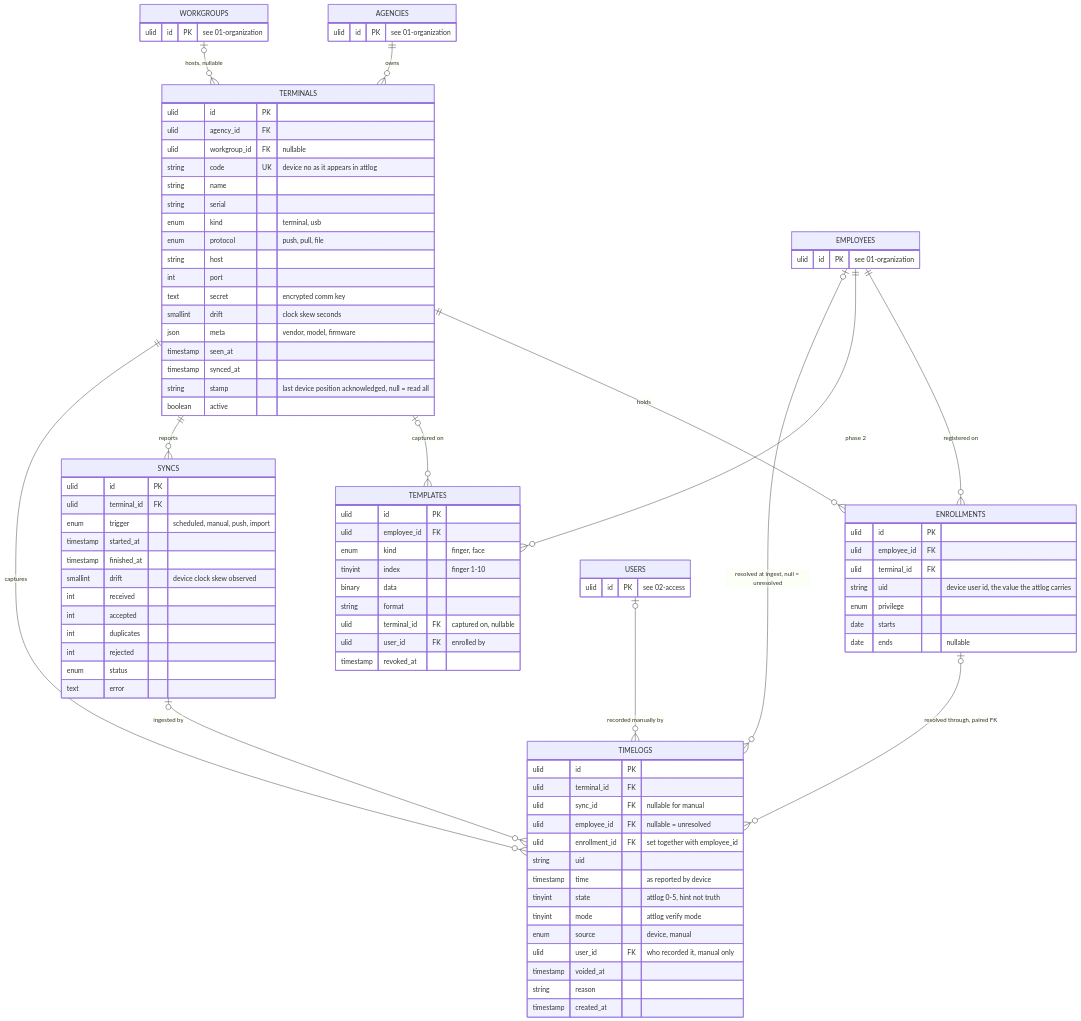
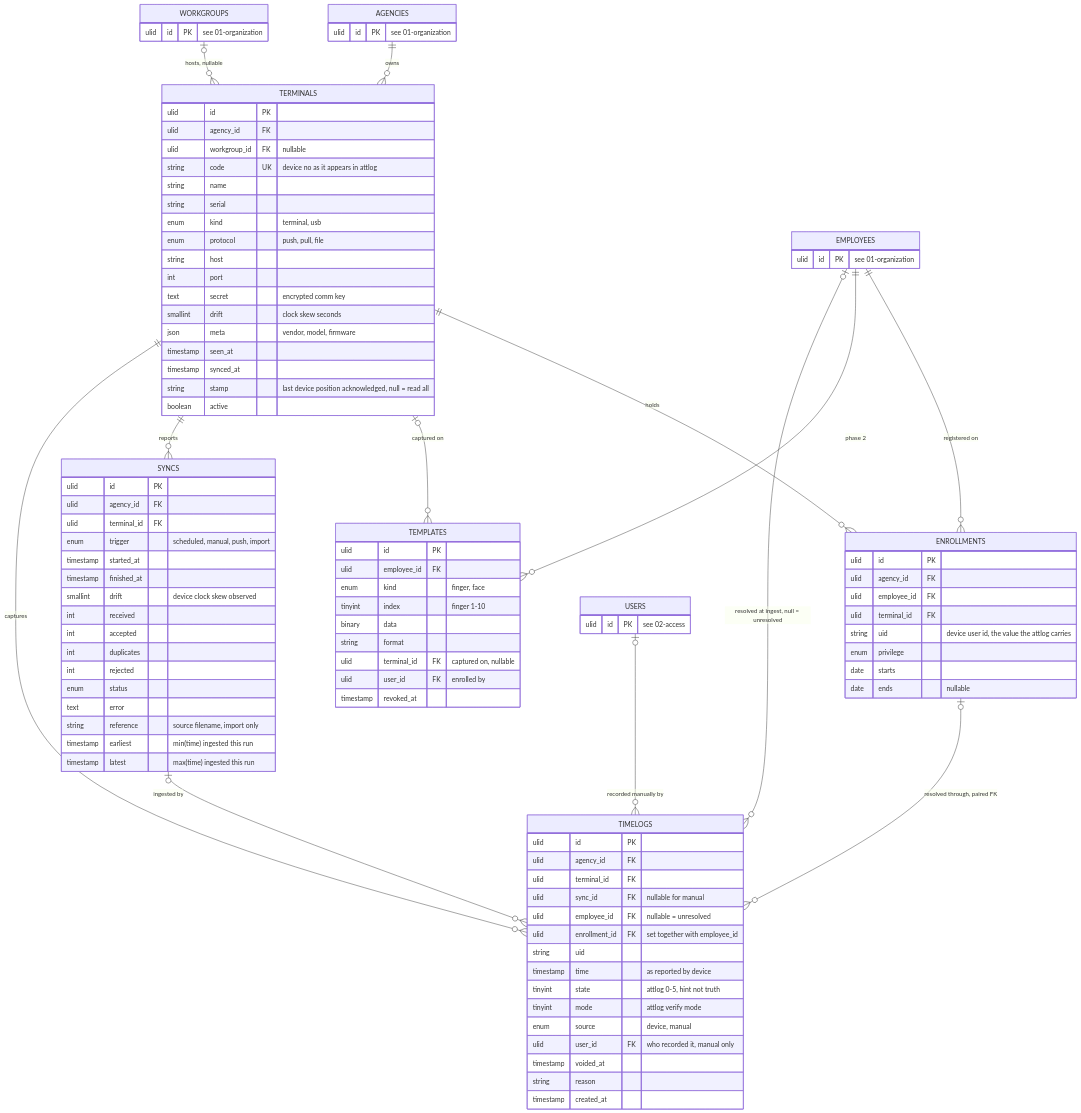
Before and after one commit to joowdx/khronoz: the diagram in docs/design/03-terminals.md, drawn with Mermaid. The commit also changed other lines of this file and 11 other files, not shown here.

```diff
--- a/docs/design/03-terminals.md
+++ b/docs/design/03-terminals.md
@@ -36,6 +36,7 @@
     }
     ENROLLMENTS {
         ulid id PK
+        ulid agency_id FK
         ulid employee_id FK
         ulid terminal_id FK
         string uid "device user id, the value the attlog carries"
@@ -56,6 +57,7 @@
     }
     SYNCS {
         ulid id PK
+        ulid agency_id FK
         ulid terminal_id FK
         enum trigger "scheduled, manual, push, import"
         timestamp started_at
@@ -67,9 +69,13 @@
         int rejected
         enum status
         text error
+        string reference "source filename, import only"
+        timestamp earliest "min(time) ingested this run"
+        timestamp latest "max(time) ingested this run"
     }
     TIMELOGS {
         ulid id PK
+        ulid agency_id FK
         ulid terminal_id FK
         ulid sync_id FK "nullable for manual"
         ulid employee_id FK "nullable = unresolved"
```
